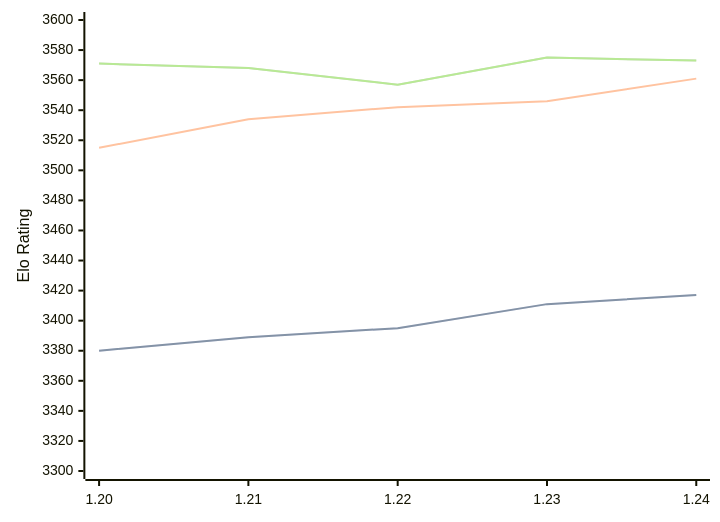
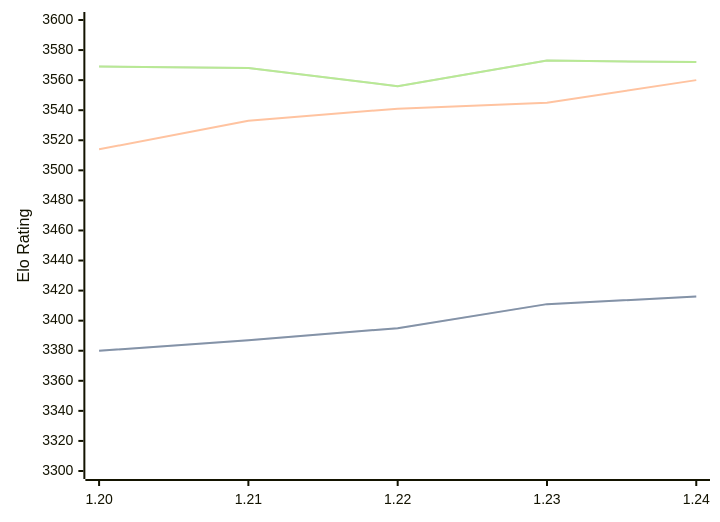
The diagram in engines/Caissa.md (computer-chess-index/cci), drawn with Mermaid before and after one commit. The commit also changed other lines of this file, not shown here.

Commit message:
Update CCI Ratings (ELO VLTC) - 2026-03-22

````diff
--- a/engines/Caissa.md
+++ b/engines/Caissa.md
@@ -64,11 +64,11 @@
 ```mermaid
 %%{init: {"theme":"base","themeVariables":{"seriesColors:['#a3a3a3','#222221','#faa371']}}}%%
 xychart-beta
   x-axis ["1.20", "1.21", "1.22", "1.23", "1.24"]
   y-axis "Elo Rating" 3300 --> 3600
-  line "STC (8.0+0.08s)" [3380, 3389, 3395, 3411, 3417]
-  line "STC (8.0+0.08s)" [3380, 3389, 3395, 3411, 3417]
-  line "LTC (60.0+0.60s)" [3515, 3534, 3542, 3546, 3561]
-  line "VLTC (2m24s+1.12s)" [3571, 3568, 3557, 3575, 3573]
-  line "VLTC (2m24s+1.12s)" [3571, 3568, 3557, 3575, 3573]
+  line "STC (8.0+0.08s)" [3380, 3387, 3395, 3411, 3416]
+  line "STC (8.0+0.08s)" [3380, 3387, 3395, 3411, 3416]
+  line "LTC (60.0+0.60s)" [3514, 3533, 3541, 3545, 3560]
+  line "VLTC (2m24s+1.12s)" [3569, 3568, 3556, 3573, 3572]
+  line "VLTC (2m24s+1.12s)" [3569, 3568, 3556, 3573, 3572]
 ```
````
